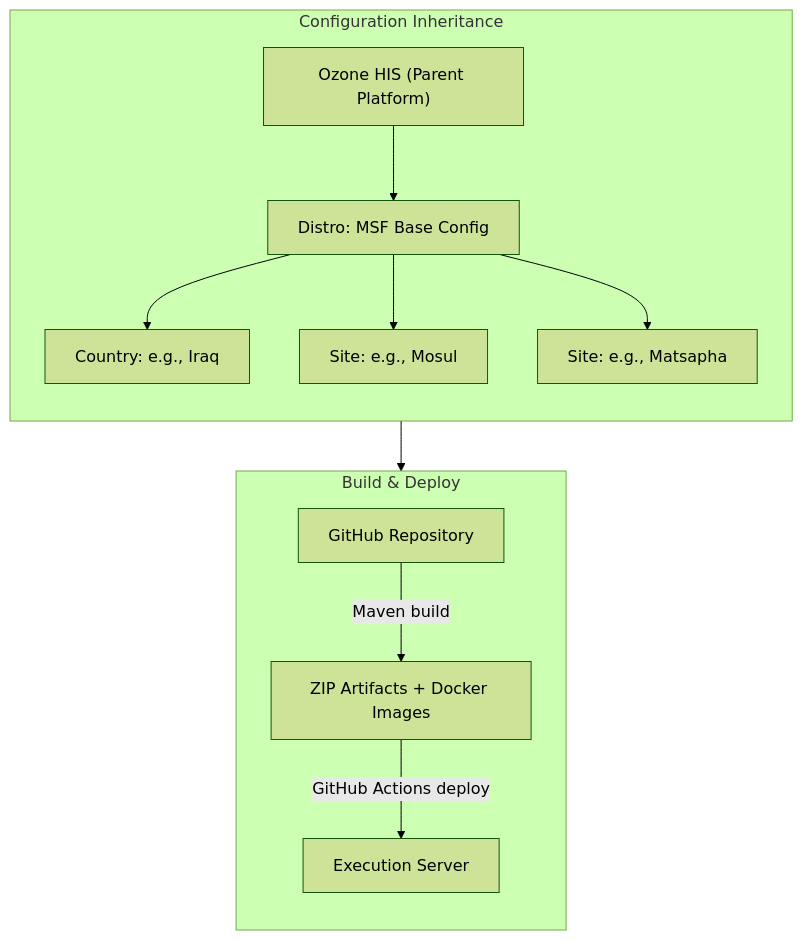
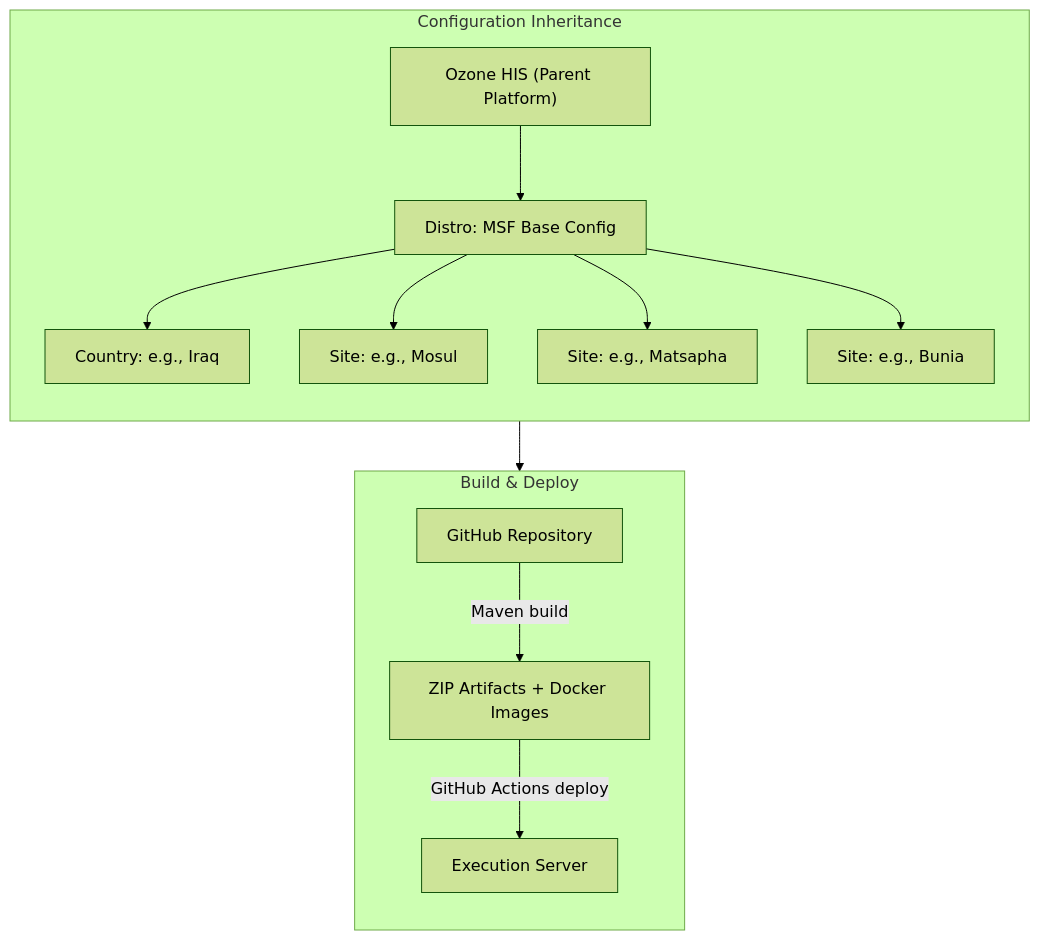
The first of 3 diagrams in README.md (MSF-OCG/LIME-EMR), drawn with Mermaid before and after one commit. The commit also changed other lines of this file and 1 other file, not shown here.

````diff
--- a/README.md
+++ b/README.md
@@ -114,19 +115,20 @@
 ```mermaid
 %%{init: {'theme':'forest'}}%%
 flowchart TD
     subgraph Inheritance["Configuration Inheritance"]
         direction TB
         OZONE["Ozone HIS (Parent Platform)"] --> DISTRO["Distro: MSF Base Config"]
         DISTRO --> COUNTRY["Country: e.g., Iraq"]
         DISTRO --> SITE_A["Site: e.g., Mosul"]
         DISTRO --> SITE_B["Site: e.g., Matsapha"]
+        DISTRO --> SITE_C["Site: e.g., Bunia"]
     end
 
     subgraph Build["Build & Deploy"]
         direction TB
         GH["GitHub Repository"] -->|Maven build| ARTIFACTS["ZIP Artifacts + Docker Images"]
         ARTIFACTS -->|GitHub Actions deploy| SERVER["Execution Server"]
     end
 
     Inheritance --> Build
 ```
````
